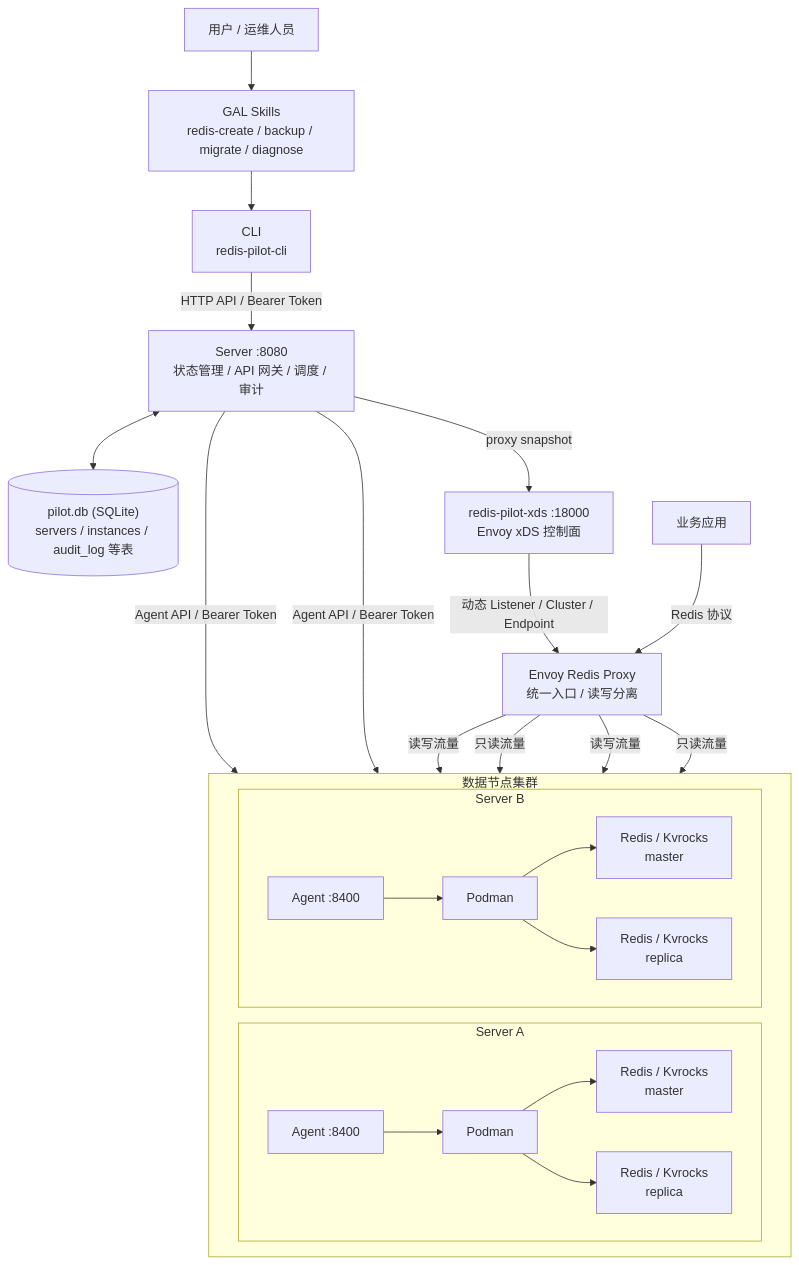
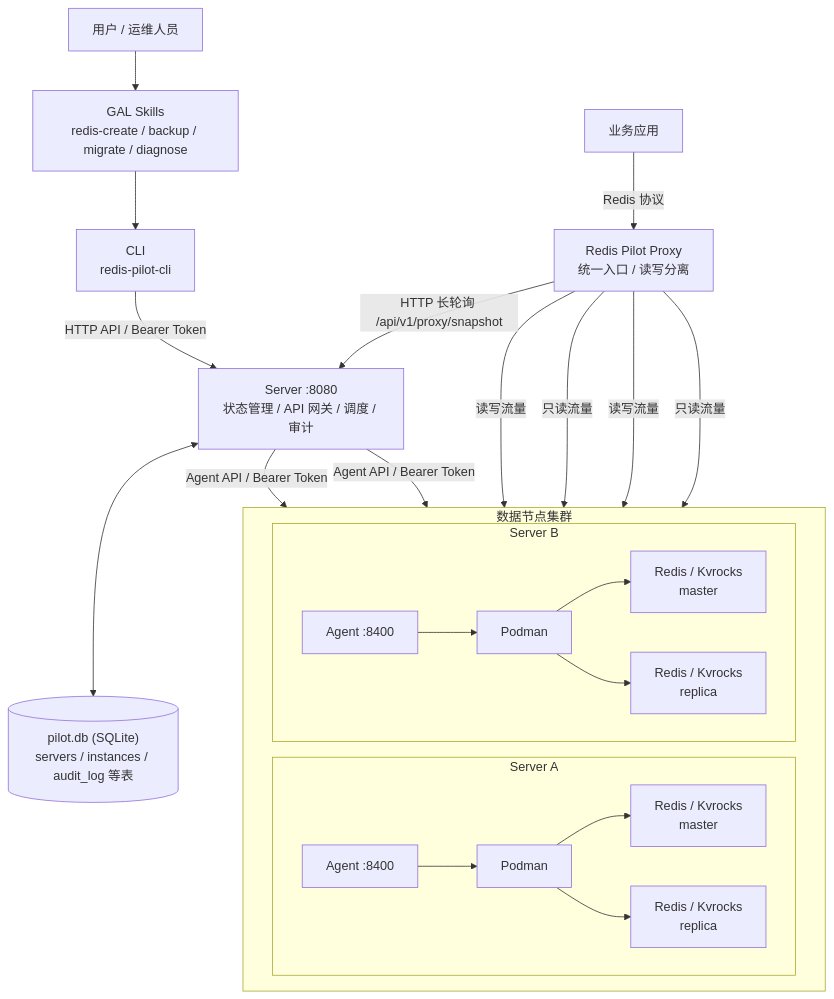
The diagram in README.md (zemul/redis-pilot), drawn with Mermaid before and after one commit. The commit also changed other lines of this file and 71 other files, not shown here.

First line of the commit message:
feat: 自建 Proxy 替代 Envoy/xDS + sentinel IP 直连 + 命名规范

````diff
--- a/README.md
+++ b/README.md
@@ -17,48 +17,46 @@
 ```mermaid
 flowchart TB
     user["用户 / 运维人员"]
     skills["GAL Skills<br/>redis-create / backup / migrate / diagnose"]
     cli["CLI<br/>redis-pilot-cli"]
 
     server["Server :8080<br/>状态管理 / API 网关 / 调度 / 审计"]
     state[("pilot.db (SQLite)<br/>servers / instances / audit_log 等表")]
 
-    xds["redis-pilot-xds :18000<br/>Envoy xDS 控制面"]
-    envoy["Envoy Redis Proxy<br/>统一入口 / 读写分离"]
+    proxy["Redis Pilot Proxy<br/>统一入口 / 读写分离"]
     app["业务应用"]
 
     subgraph nodes["数据节点集群"]
         direction LR
 
         subgraph nodeA["Server A"]
             agentA["Agent :8400"]
             podmanA["Podman"]
             instA1["Redis / Kvrocks<br/>master"]
             instA2["Redis / Kvrocks<br/>replica"]
             agentA --> podmanA --> instA1
             podmanA --> instA2
         end
 
         subgraph nodeB["Server B"]
             agentB["Agent :8400"]
             podmanB["Podman"]
             instB1["Redis / Kvrocks<br/>master"]
             instB2["Redis / Kvrocks<br/>replica"]
             agentB --> podmanB --> instB1
             podmanB --> instB2
         end
     end
 
     user --> skills --> cli
     cli -- "HTTP API / Bearer Token" --> server
     server <--> state
     server -- "Agent API / Bearer Token" --> agentA
     server -- "Agent API / Bearer Token" --> agentB
-    server -- "proxy snapshot" --> xds
-    xds -- "动态 Listener / Cluster / Endpoint" --> envoy
-    app -- "Redis 协议" --> envoy
-    envoy -- "读写流量" --> instA1
-    envoy -- "只读流量" --> instA2
-    envoy -- "读写流量" --> instB1
-    envoy -- "只读流量" --> instB2
+    proxy -- "HTTP 长轮询 /api/v1/proxy/snapshot" --> server
+    app -- "Redis 协议" --> proxy
+    proxy -- "读写流量" --> instA1
+    proxy -- "只读流量" --> instA2
+    proxy -- "读写流量" --> instB1
+    proxy -- "只读流量" --> instB2
 ```
````
